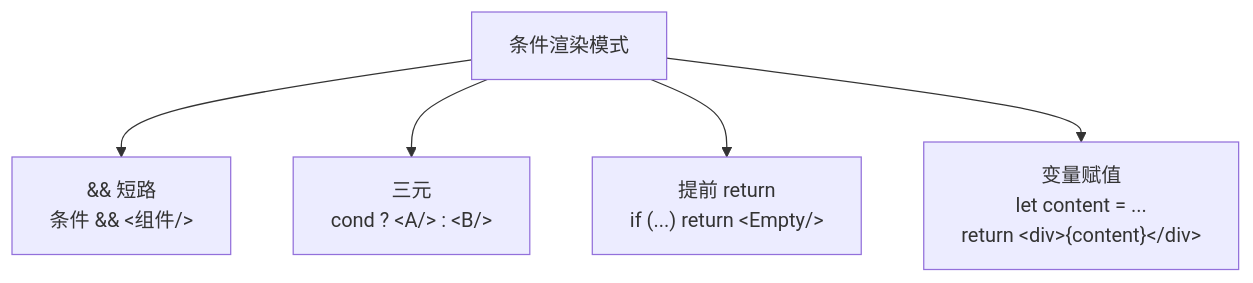
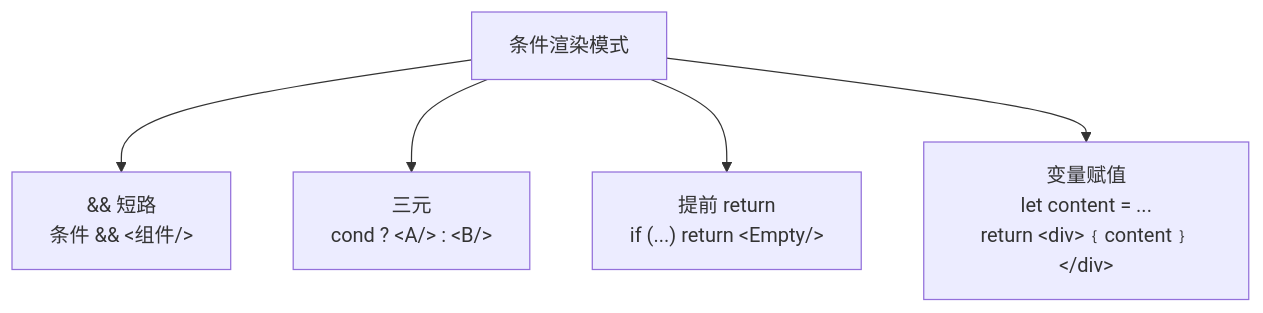
One commit to boltguo/react_learn changed the fifth of 6 diagrams in docs/Lesson_04.md. Above: the diagram before and after it, drawn with Mermaid. The commit also changed other lines of this file and 36 other files, not shown here.

````diff
--- a/docs/Lesson_04.md
+++ b/docs/Lesson_04.md
@@ -230,8 +229,8 @@
 ```mermaid
 flowchart TB
     A["条件渲染模式"]
-    A --> B["&& 短路\n条件 && &lt;组件/&gt;"]
-    A --> C["三元\ncond ? &lt;A/&gt; : &lt;B/&gt;"]
-    A --> D["提前 return\nif (...) return &lt;Empty/&gt;"]
-    A --> E["变量赋值\nlet content = ...\nreturn &lt;div&gt;{content}&lt;/div&gt;"]
+    A --> B["&& 短路<br/>条件 && &lt;组件/&gt;"]
+    A --> C["三元<br/>cond ? &lt;A/&gt; : &lt;B/&gt;"]
+    A --> D["提前 return<br/>if (...) return &lt;Empty/&gt;"]
+    A --> E["变量赋值<br/>let content = ...<br/>return &lt;div&gt;﹛content﹜&lt;/div&gt;"]
 ```
````
